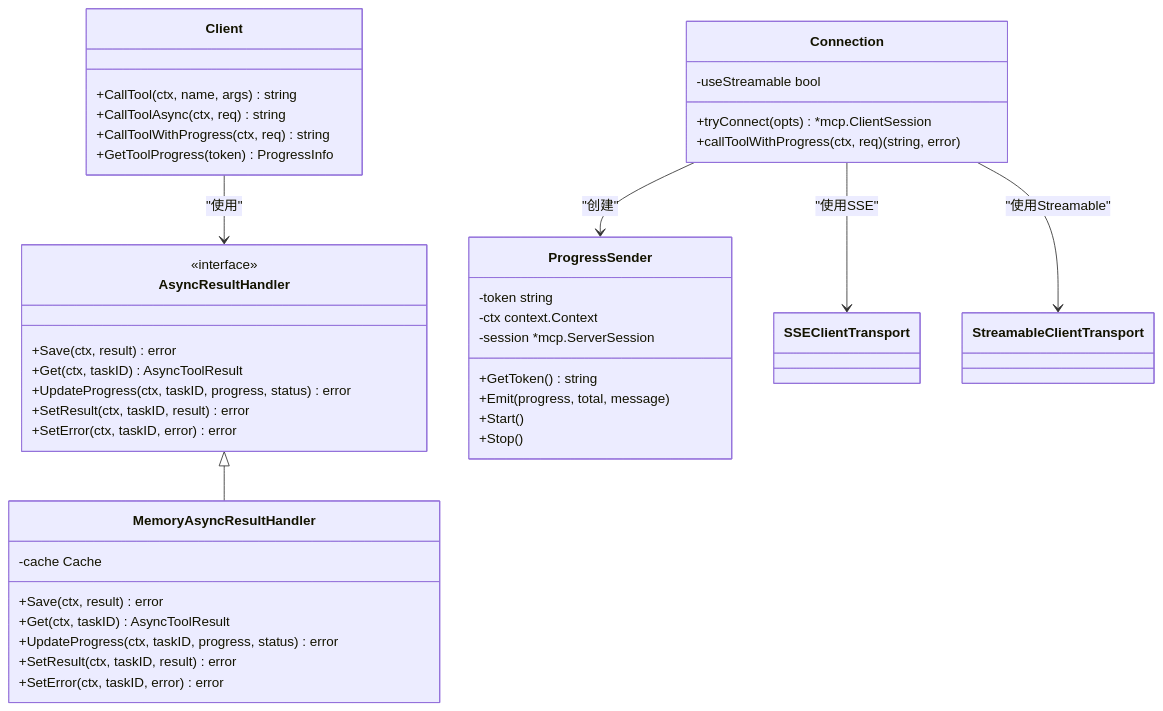
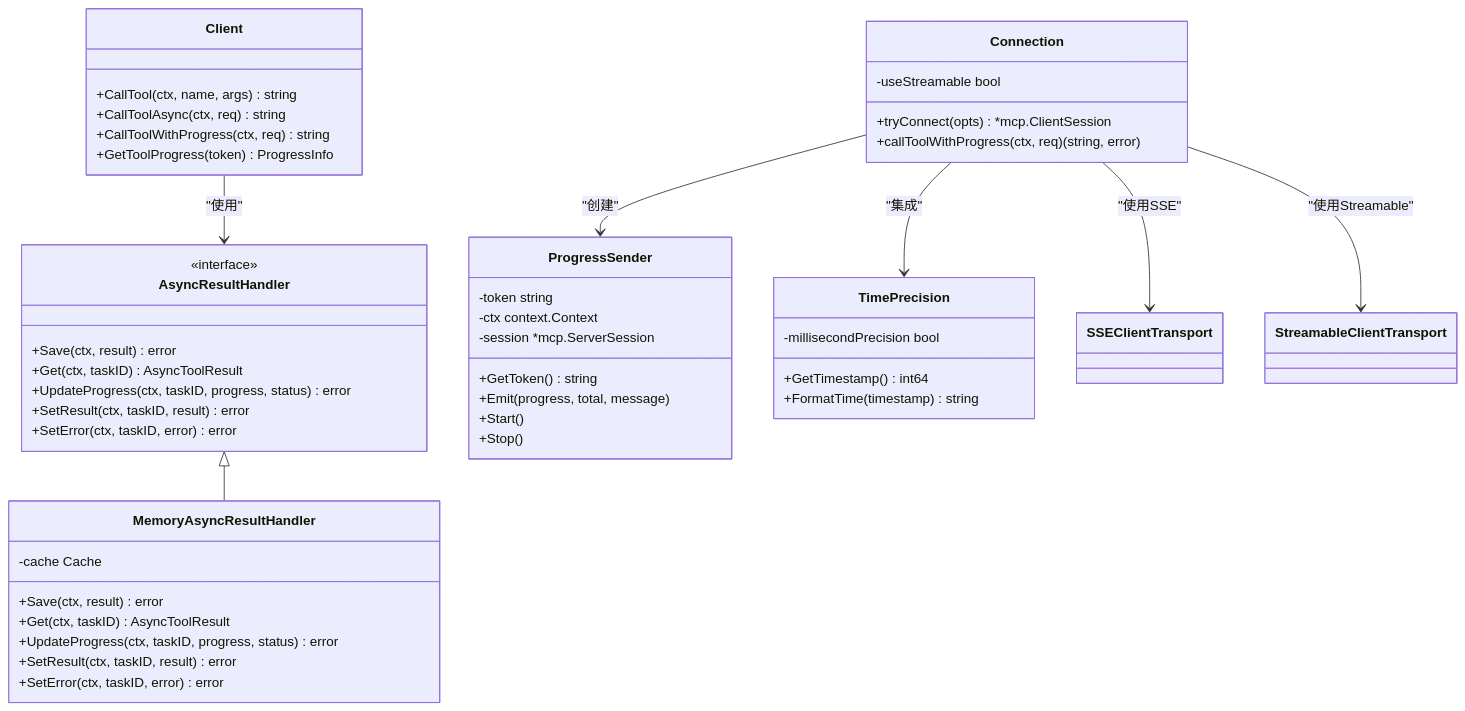
Before and after one commit to maomao94/zero-service: diagram 15 of 30 in .qoder/repowiki/zh/content/AI聊天服务迁移指南.md, drawn with Mermaid. The commit also changed other lines of this file and 59 other files, not shown here.

````diff
--- a/.qoder/repowiki/zh/content/AI聊天服务迁移指南.md
+++ b/.qoder/repowiki/zh/content/AI聊天服务迁移指南.md
@@ -734,44 +764,50 @@
 ```mermaid
 classDiagram
 class Client {
 +CallTool(ctx, name, args) string
 +CallToolAsync(ctx, req) string
 +CallToolWithProgress(ctx, req) string
 +GetToolProgress(token) ProgressInfo
 }
 class AsyncResultHandler {
 <<interface>>
 +Save(ctx, result) error
 +Get(ctx, taskID) AsyncToolResult
 +UpdateProgress(ctx, taskID, progress, status) error
 +SetResult(ctx, taskID, result) error
 +SetError(ctx, taskID, error) error
 }
 class MemoryAsyncResultHandler {
 -cache Cache
 +Save(ctx, result) error
 +Get(ctx, taskID) AsyncToolResult
 +UpdateProgress(ctx, taskID, progress, status) error
 +SetResult(ctx, taskID, result) error
 +SetError(ctx, taskID, error) error
 }
 class Connection {
 -useStreamable bool
 +tryConnect(opts) *mcp.ClientSession
 +callToolWithProgress(ctx, req) (string, error)
 }
 class ProgressSender {
 -token string
 -ctx context.Context
 -session *mcp.ServerSession
 +GetToken() string
 +Emit(progress, total, message)
 +Start()
 +Stop()
 }
+class TimePrecision {
+-millisecondPrecision bool
++GetTimestamp() int64
++FormatTime(timestamp) string
+}
 Client --> AsyncResultHandler : "使用"
 AsyncResultHandler <|-- MemoryAsyncResultHandler
 Connection --> SSEClientTransport : "使用SSE"
 Connection --> StreamableClientTransport : "使用Streamable"
 Connection --> ProgressSender : "创建"
+Connection --> TimePrecision : "集成"
 ```
````
